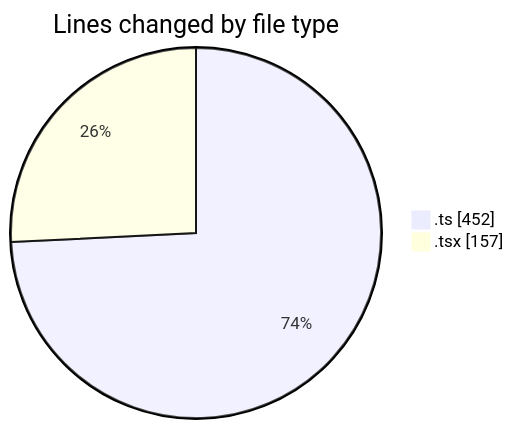
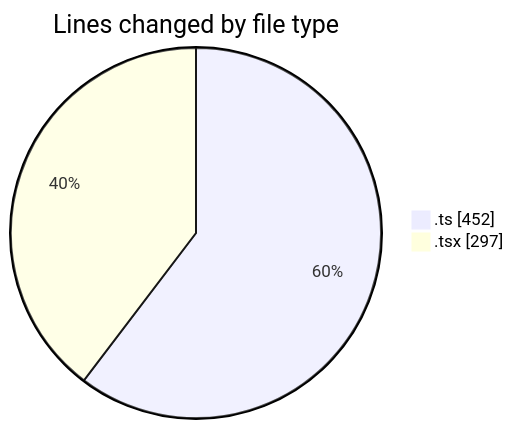
Before and after one commit to julien-gomy/code-tracking: the first of 2 diagrams in 2025-11-03/eventscop-frontend-guide__workspace_/README.md, drawn with Mermaid. The commit also changed other lines of this file and 1 other file, not shown here.

````diff
--- a/2025-11-03/eventscop-frontend-guide__workspace_/README.md
+++ b/2025-11-03/eventscop-frontend-guide__workspace_/README.md
@@ -22,6 +22,6 @@
 ```mermaid
 pie showData
 title Lines changed by file type
 ".ts" : 452
-".tsx" : 157
+".tsx" : 297
 ```
````
